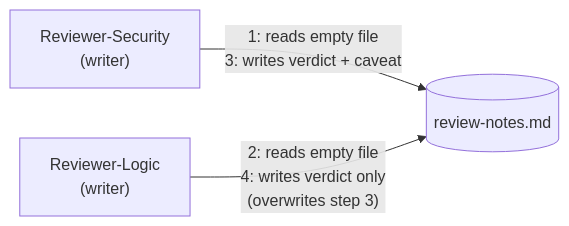
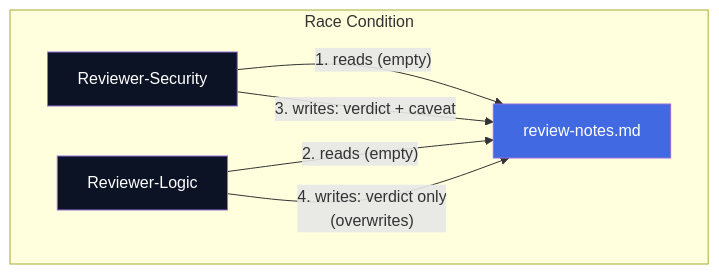
The diagram in docs/03-part-1-the-memory-problem/step-1-why-loops-outgrow-a-single-memory-file.md (ayeshakhalid192007-dev/graph-engineering-crash-course), drawn with Mermaid before and after one commit. The commit also changed other lines of this file and 17 other files, not shown here.

First line of the commit message:
Add Mermaid diagrams to core documentation files

````diff
--- a/docs/03-part-1-the-memory-problem/step-1-why-loops-outgrow-a-single-memory-file.md
+++ b/docs/03-part-1-the-memory-problem/step-1-why-loops-outgrow-a-single-memory-file.md
@@ -35,5 +35,17 @@
 ```mermaid
-flowchart LR
-    RS["Reviewer-Security<br/>(writer)"] -- "1: reads empty file<br/>3: writes verdict + caveat" --> F[("review-notes.md")]
-    RL["Reviewer-Logic<br/>(writer)"] -- "2: reads empty file<br/>4: writes verdict only<br/>(overwrites step 3)" --> F
+flowchart TB
+    subgraph "Race Condition"
+        RS["Reviewer-Security"]
+        RL["Reviewer-Logic"]
+        F["review-notes.md"]
+
+        RS -- "1. reads (empty)" --> F
+        RL -- "2. reads (empty)" --> F
+        RS -- "3. writes: verdict + caveat" --> F
+        RL -- "4. writes: verdict only<br/>(overwrites)" --> F
+    end
+
+    style F fill:#4169E1,color:#FFFFFF
+    style RS fill:#0B1325,color:#FFFFFF
+    style RL fill:#0B1325,color:#FFFFFF
 ```
````
